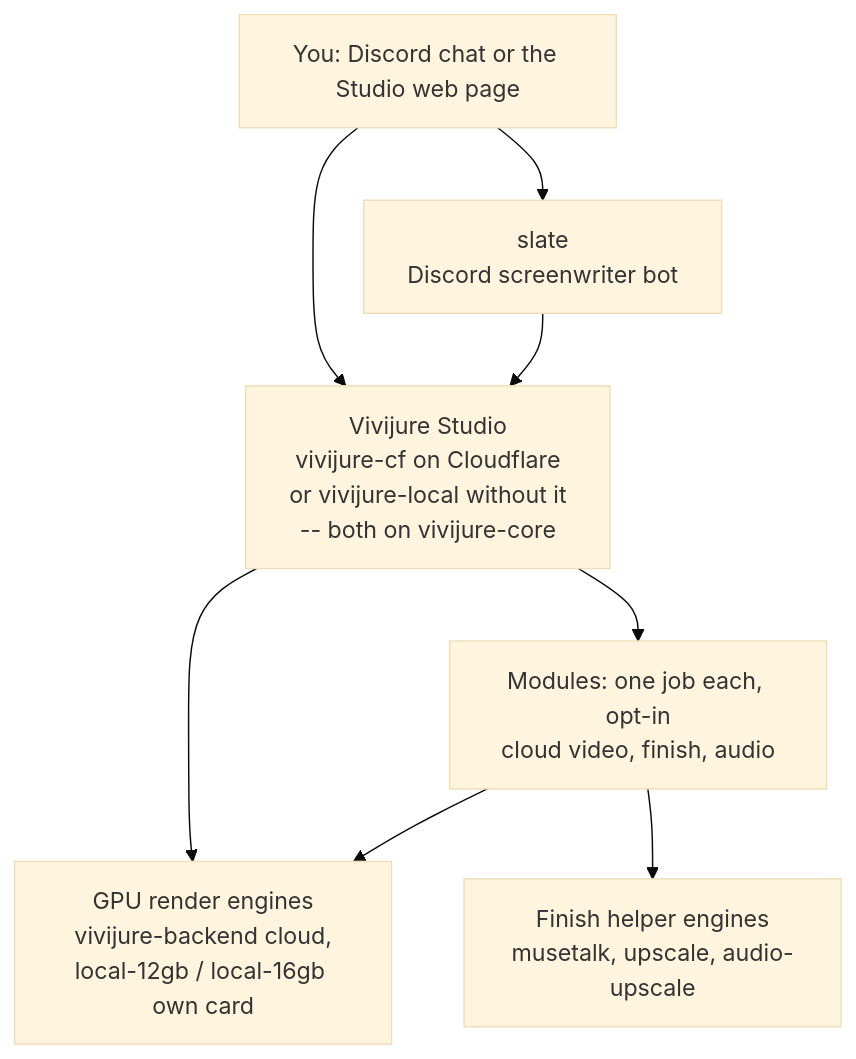
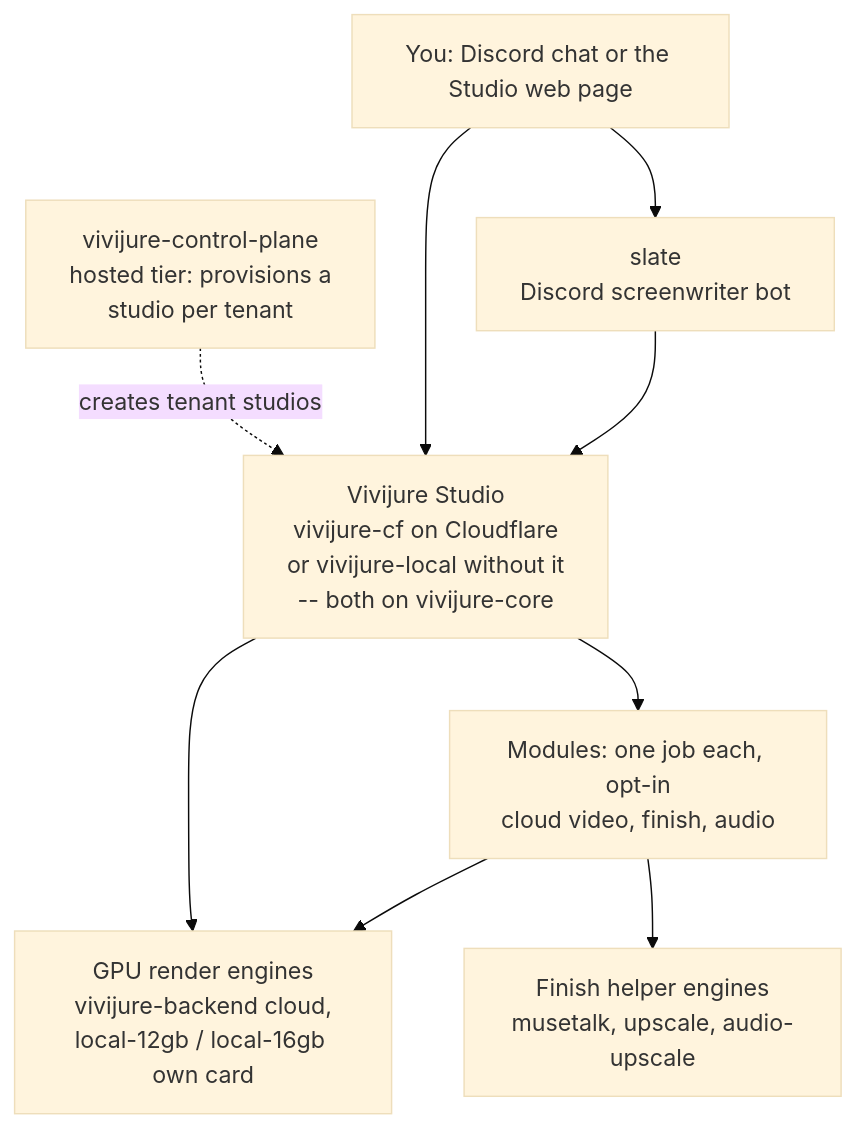
One commit to skyphusion-labs/vivijure changed the first of 2 diagrams in README.md. Above: the diagram before and after it, drawn with Mermaid (base theme). The commit also changed other lines of this file, not shown here.

Commit message:
docs: add vivijure-control-plane to the constellation map (cf#85) (#785)
The hosted control plane extracted from vivijure-cf appears as its own map
node and repo row: provisions a full studio per tenant from the published
studio release; never needed for self-hosting; same AGPL, anyone may run a
competing hosted Vivijure from it.

Files: README.md

````diff
--- a/README.md
+++ b/README.md
@@ -35,16 +35,19 @@
 ```mermaid
 flowchart TD
     you[You: Discord chat or the Studio web page]
     slate[slate<br/>Discord screenwriter bot]
     studio[Vivijure Studio<br/>vivijure-cf on Cloudflare<br/>or vivijure-local without it<br/>-- both on vivijure-core]
     modules[Modules: one job each, opt-in<br/>cloud video, finish, audio]
     gpu[GPU render engines<br/>vivijure-backend cloud,<br/>local-12gb / local-16gb own card]
     finish[Finish helper engines<br/>musetalk, upscale, audio-upscale]
 
+    hosted[vivijure-control-plane<br/>hosted tier: provisions a<br/>studio per tenant]
+
     you --> slate --> studio
     you --> studio
+    hosted -. creates tenant studios .-> studio
     studio --> modules
     modules --> gpu
     modules --> finish
     studio --> gpu
 ```
````
